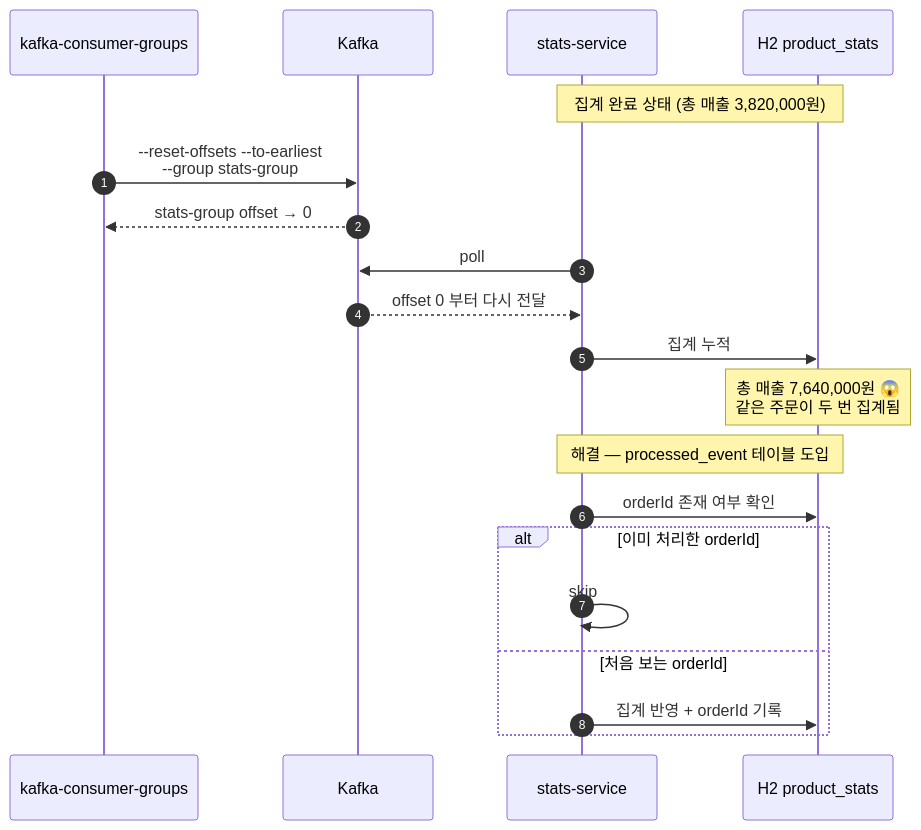
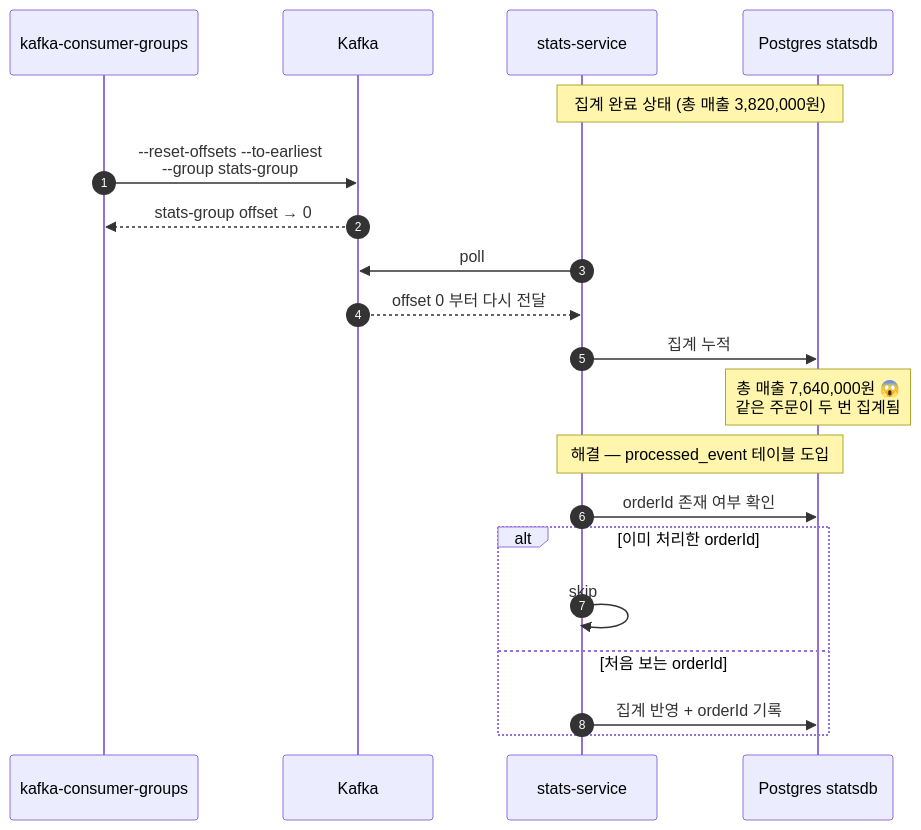
One commit to ytw9699/kafka_study changed the fourth of 6 diagrams in docs/planning/02-architecture.md. Above: the diagram before and after it, drawn with Mermaid. The commit also changed other lines of this file and 17 other files, not shown here.

````diff
--- a/docs/planning/02-architecture.md
+++ b/docs/planning/02-architecture.md
@@ -179,26 +184,26 @@
 ```mermaid
 sequenceDiagram
     autonumber
     participant CLI as kafka-consumer-groups
     participant K as Kafka
     participant SS as stats-service
-    participant DB as H2 product_stats
+    participant DB as Postgres statsdb
 
     Note over SS,DB: 집계 완료 상태 (총 매출 3,820,000원)
 
     CLI->>K: --reset-offsets --to-earliest<br/>--group stats-group
     K-->>CLI: stats-group offset → 0
 
     SS->>K: poll
     K-->>SS: offset 0 부터 다시 전달
     SS->>DB: 집계 누적
     Note over DB: 총 매출 7,640,000원 😱<br/>같은 주문이 두 번 집계됨
 
     Note over SS,DB: 해결 — processed_event 테이블 도입
     SS->>DB: orderId 존재 여부 확인
     alt 이미 처리한 orderId
         SS->>SS: skip
     else 처음 보는 orderId
         SS->>DB: 집계 반영 + orderId 기록
     end
 ```
````
